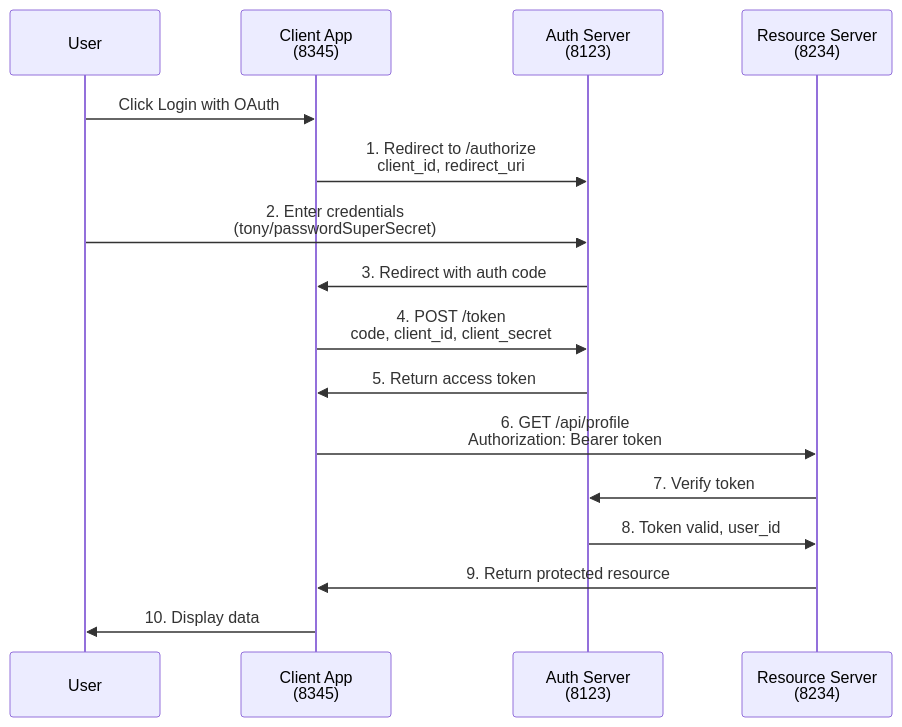
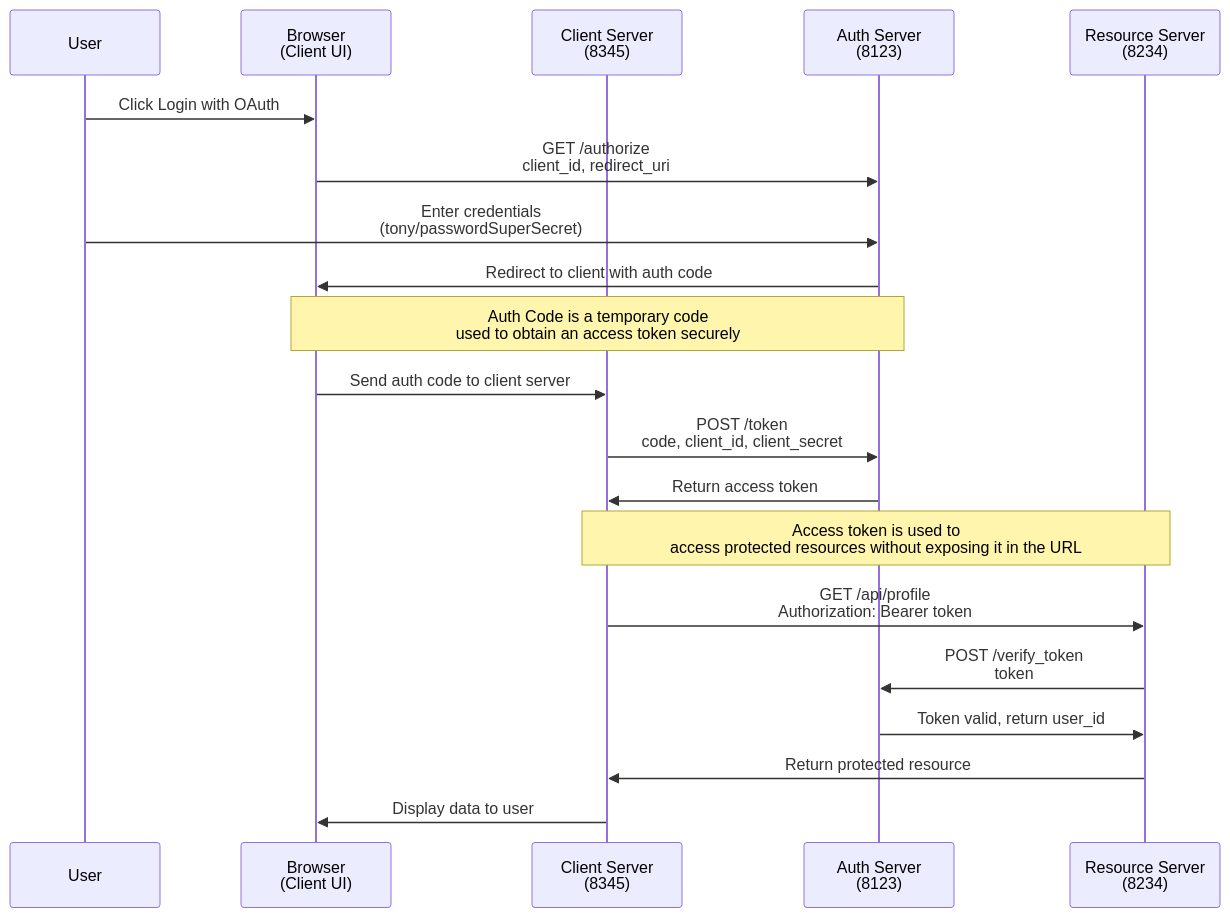
The diagram in README.md (tsilicani/oauth2-grant-auth-code-grant-type-poc), drawn with Mermaid before and after one commit. The commit also changed other lines of this file, not shown here.

````diff
--- a/README.md
+++ b/README.md
@@ -14,19 +14,23 @@
 ```mermaid
 sequenceDiagram
     participant User
-    participant Client as Client App<br/>(8345)
+    participant Browser as Browser<br/>(Client UI)
+    participant Client as Client Server<br/>(8345)
     participant Auth as Auth Server<br/>(8123)
     participant Resource as Resource Server<br/>(8234)
 
-    User->>Client: Click Login with OAuth
-    Client->>Auth: 1. Redirect to /authorize<br/>client_id, redirect_uri
-    User->>Auth: 2. Enter credentials<br/>(tony/passwordSuperSecret)
-    Auth->>Client: 3. Redirect with auth code
-    Client->>Auth: 4. POST /token<br/>code, client_id, client_secret
-    Auth->>Client: 5. Return access token
-    Client->>Resource: 6. GET /api/profile<br/>Authorization: Bearer token
-    Resource->>Auth: 7. Verify token
-    Auth->>Resource: 8. Token valid, user_id
-    Resource->>Client: 9. Return protected resource
-    Client->>User: 10. Display data
+    User->>Browser: Click Login with OAuth
+    Browser->>Auth: GET /authorize<br/>client_id, redirect_uri
+    User->>Auth: Enter credentials<br/>(tony/passwordSuperSecret)
+    Auth->>Browser: Redirect to client with auth code
+    Note over Auth,Browser: Auth Code is a temporary code<br/>used to obtain an access token securely
+    Browser->>Client: Send auth code to client server
+    Client->>Auth: POST /token<br/>code, client_id, client_secret
+    Auth->>Client: Return access token
+    Note over Client,Resource: Access token is used to<br/>access protected resources without exposing it in the URL
+    Client->>Resource: GET /api/profile<br/>Authorization: Bearer token
+    Resource->>Auth: POST /verify_token<br/>token
+    Auth->>Resource: Token valid, return user_id
+    Resource->>Client: Return protected resource
+    Client->>Browser: Display data to user
 ```
````
